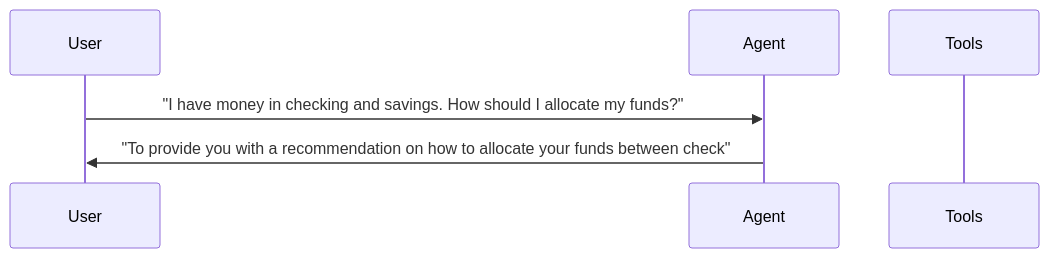
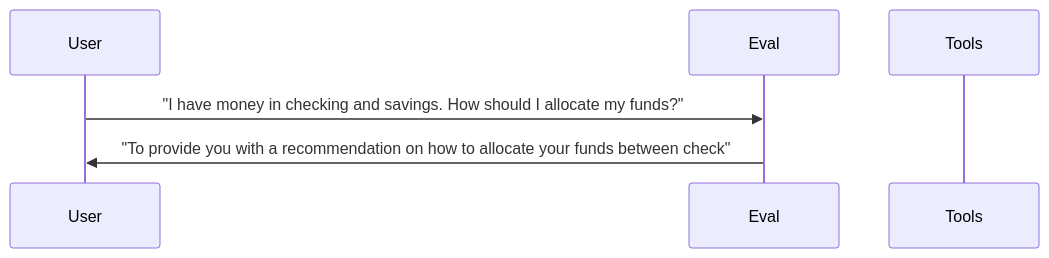
One commit to sbroenne/pytest-skill-engineering changed the fifth of 6 diagrams in docs/reports/04_agent_selector.md. Above: the diagram before and after it, drawn with Mermaid. The commit also changed other lines of this file and 155 other files, not shown here.

````diff
--- a/docs/reports/04_agent_selector.md
+++ b/docs/reports/04_agent_selector.md
@@ -342,9 +342,9 @@
 ```mermaid
 sequenceDiagram
     participant User
-    participant Agent
+    participant Eval
     participant Tools
 
-    User->>Agent: "I have money in checking and savings. How should I allocate my funds?"
-    Agent->>User: "To provide you with a recommendation on how to allocate your funds between check"
+    User->>Eval: "I have money in checking and savings. How should I allocate my funds?"
+    Eval->>User: "To provide you with a recommendation on how to allocate your funds between check"
 ```
````
